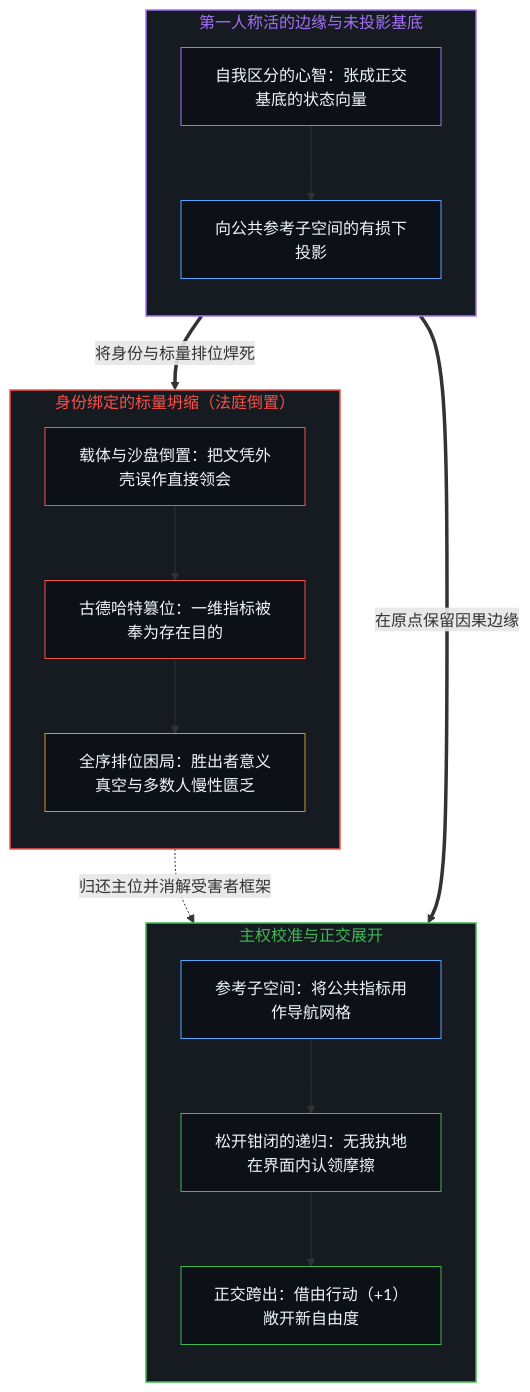
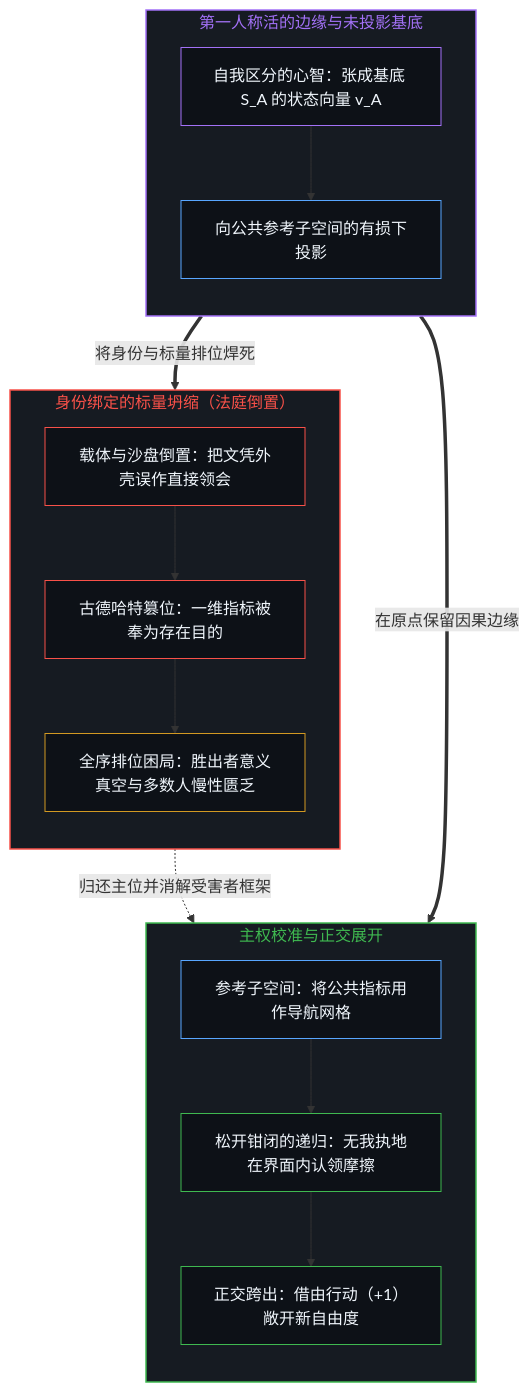
The first of 2 diagrams in content/posts/coordinate-systems-mind-and-degrees-of-freedom.md (powerpig99/not-a-toe), drawn with Mermaid before and after one commit. The commit also changed other lines of this file and 17 other files, not shown here.

````diff
--- a/content/posts/coordinate-systems-mind-and-degrees-of-freedom.md
+++ b/content/posts/coordinate-systems-mind-and-degrees-of-freedom.md
@@ -41,41 +41,41 @@
 ```mermaid
 flowchart TD
     subgraph S_Ground["第一人称活的边缘与未投影基底"]
         direction TB
-        Origin["自我区分的心智：张成正交基底的状态向量"]
+        Origin["自我区分的心智：张成基底 S_A 的状态向量 v_A"]
         Projection["向公共参考子空间的有损下投影"]
         Origin --> Projection
     end
 
     subgraph S_Trap["身份绑定的标量坍缩（法庭倒置）"]
         direction TB
         Mistake["载体与沙盘倒置：把文凭外壳误作直接领会"]
         Goodhart["古德哈特篡位：一维指标被奉为存在目的"]
         DualTrap["全序排位困局：胜出者意义真空与多数人慢性匮乏"]
         Mistake --> Goodhart --> DualTrap
     end
 
     subgraph S_Sovereign["主权校准与正交展开"]
         direction TB
         Grid["参考子空间：将公共指标用作导航网格"]
         Update["松开钳闭的递归：无我执地在界面内认领摩擦"]
         Ortho["正交跨出：借由行动（+1）敞开新自由度"]
         Grid --> Update --> Ortho
     end
 
     Projection ==>|"将身份与标量排位焊死"| Mistake
     Projection ==>|"在原点保留因果边缘"| Grid
     DualTrap -.->|"归还主位并消解受害者框架"| Grid
 
     style S_Ground fill:#161b22,stroke:#a371f7,stroke-width:1.5px,color:#a371f7
     style S_Trap fill:#161b22,stroke:#f85149,stroke-width:1.5px,color:#f85149
     style S_Sovereign fill:#161b22,stroke:#3fb950,stroke-width:1.5px,color:#3fb950
     style Origin fill:#0d1117,stroke:#a371f7,stroke-width:1px,color:#f0f6fc
     style Projection fill:#0d1117,stroke:#58a6ff,stroke-width:1px,color:#f0f6fc
     style Mistake fill:#0d1117,stroke:#f85149,stroke-width:1px,color:#f0f6fc
     style Goodhart fill:#0d1117,stroke:#f85149,stroke-width:1px,color:#f0f6fc
     style DualTrap fill:#0d1117,stroke:#d29922,stroke-width:1px,color:#f0f6fc
     style Grid fill:#0d1117,stroke:#58a6ff,stroke-width:1px,color:#f0f6fc
     style Update fill:#0d1117,stroke:#3fb950,stroke-width:1px,color:#f0f6fc
     style Ortho fill:#0d1117,stroke:#3fb950,stroke-width:1px,color:#f0f6fc
 ```
````
